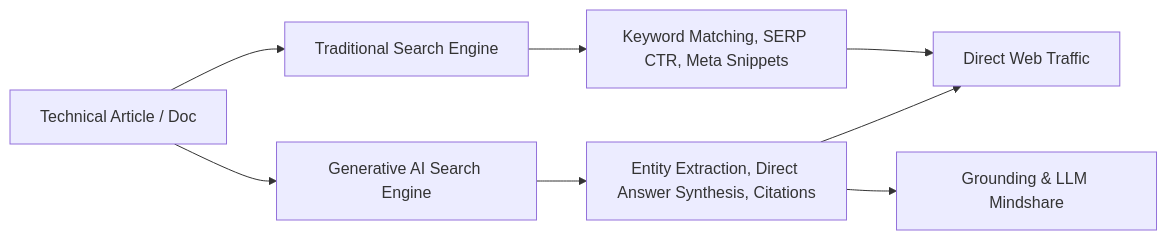
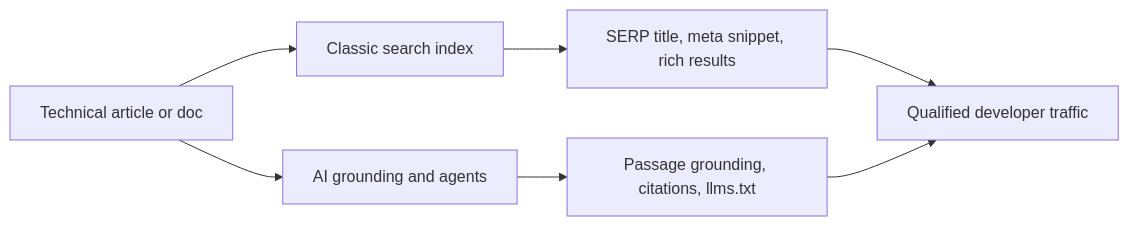
One commit to danicat/skills changed the diagram in writing/seo-optimizer/SKILL.md. Above: the diagram before and after it, drawn with Mermaid. The commit also changed other lines of this file and 229 other files, not shown here.

````diff
--- a/writing/seo-optimizer/SKILL.md
+++ b/writing/seo-optimizer/SKILL.md
@@ -47,10 +47,9 @@
 ```mermaid
-graph LR
-    A[Technical Article / Doc] --> B[Traditional Search Engine]
-    A --> C[Generative AI Search Engine]
-    B --> D[Keyword Matching, SERP CTR, Meta Snippets]
-    C --> E[Entity Extraction, Direct Answer Synthesis, Citations]
-    D --> F[Direct Web Traffic]
+flowchart LR
+    A["Technical article or doc"] --> B["Classic search index"]
+    A --> C["AI grounding and agents"]
+    B --> D["SERP title, meta snippet, rich results"]
+    C --> E["Passage grounding, citations, llms.txt"]
+    D --> F["Qualified developer traffic"]
     E --> F
-    E --> G[Grounding & LLM Mindshare]
 ```
````
